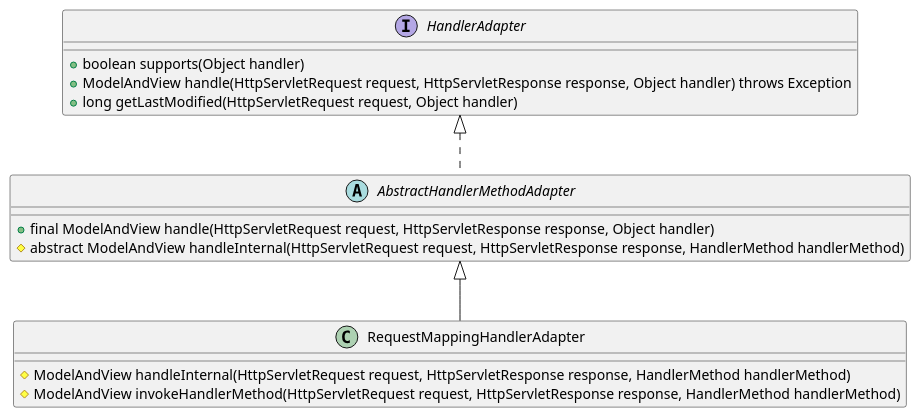
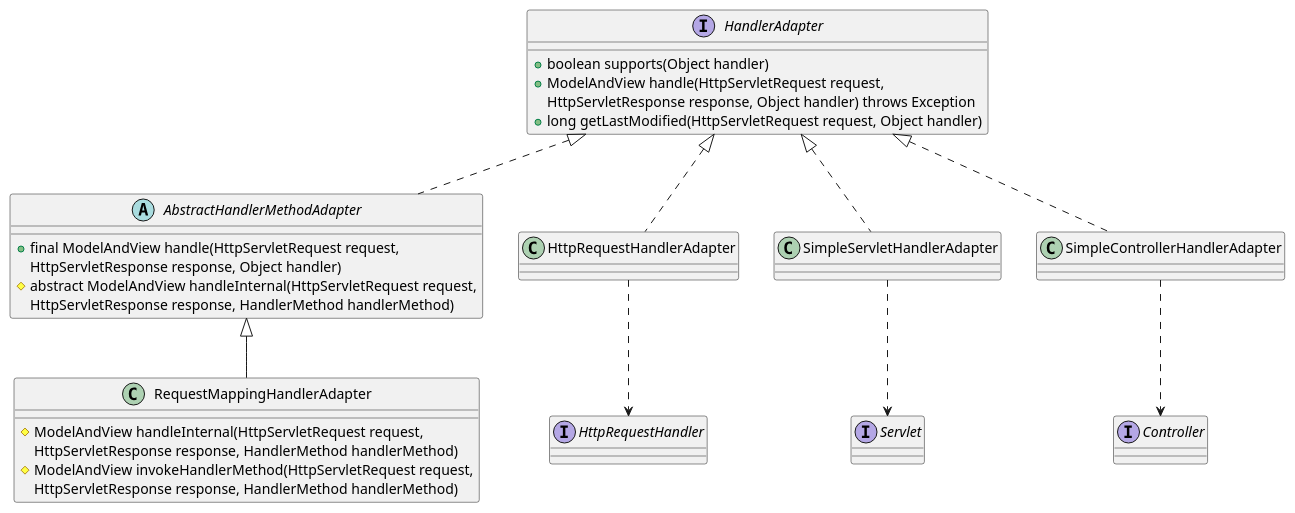
One commit to onlyonion/development changed the first of 2 diagrams in 20-framework/src/spring/spring-webmvc/HandlerAdapter.md. Above: the diagram before and after it, drawn with PlantUML. The commit also changed 36 other files, not shown here.

````diff
--- a/20-framework/src/spring/spring-webmvc/HandlerAdapter.md
+++ b/20-framework/src/spring/spring-webmvc/HandlerAdapter.md
@@ -21,22 +21,45 @@
 ```plantuml
 @startuml
 interface HandlerAdapter {
     + boolean supports(Object handler)
-    + ModelAndView handle(HttpServletRequest request, HttpServletResponse response, Object handler) throws Exception
+    + ModelAndView handle(HttpServletRequest request, 
+        HttpServletResponse response, Object handler) throws Exception
     + long getLastModified(HttpServletRequest request, Object handler)
 }
 
 abstract class AbstractHandlerMethodAdapter {
-    + final ModelAndView handle(HttpServletRequest request, HttpServletResponse response, Object handler)
-    # abstract ModelAndView handleInternal(HttpServletRequest request, HttpServletResponse response, HandlerMethod handlerMethod)
+    + final ModelAndView handle(HttpServletRequest request, 
+        HttpServletResponse response, Object handler)
+    # abstract ModelAndView handleInternal(HttpServletRequest request, 
+        HttpServletResponse response, HandlerMethod handlerMethod)
 }
 HandlerAdapter <|.. AbstractHandlerMethodAdapter
 
 class RequestMappingHandlerAdapter {
-    # ModelAndView handleInternal(HttpServletRequest request, HttpServletResponse response, HandlerMethod handlerMethod)
-    # ModelAndView invokeHandlerMethod(HttpServletRequest request, HttpServletResponse response, HandlerMethod handlerMethod)
+    # ModelAndView handleInternal(HttpServletRequest request, 
+        HttpServletResponse response, HandlerMethod handlerMethod)
+    # ModelAndView invokeHandlerMethod(HttpServletRequest request, 
+        HttpServletResponse response, HandlerMethod handlerMethod)
 }
 AbstractHandlerMethodAdapter <|-- RequestMappingHandlerAdapter
 
+''''''''''''''''''''''''''''''''''''''
+class HttpRequestHandlerAdapter
+class SimpleServletHandlerAdapter
+class SimpleControllerHandlerAdapter
+
+HandlerAdapter ^.. HttpRequestHandlerAdapter
+HandlerAdapter ^.. SimpleServletHandlerAdapter
+HandlerAdapter ^.. SimpleControllerHandlerAdapter
+
+interface HttpRequestHandler
+HttpRequestHandlerAdapter ..> HttpRequestHandler
+
+interface Servlet
+SimpleServletHandlerAdapter ..> Servlet
+
+interface Controller 
+SimpleControllerHandlerAdapter ..> Controller
+
 @enduml
 ```
````
